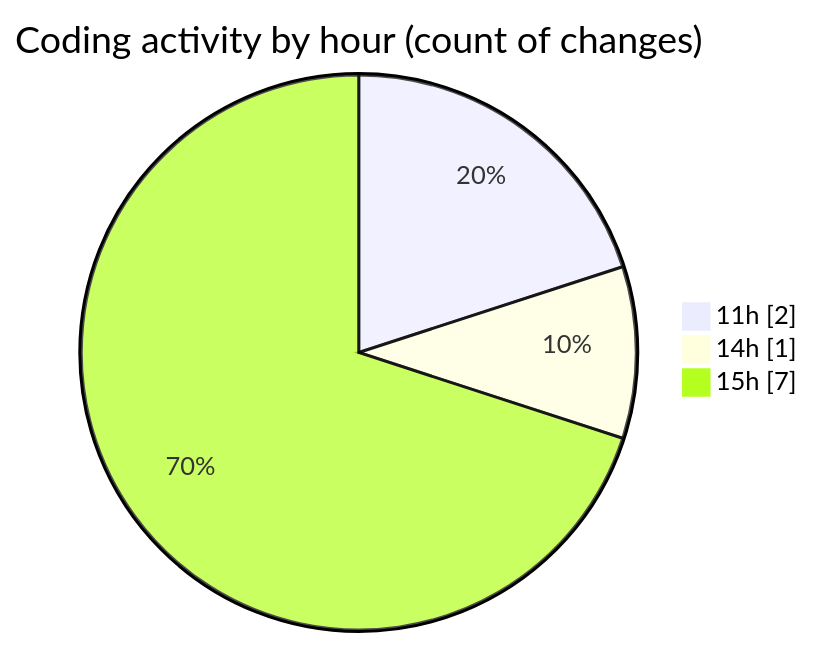
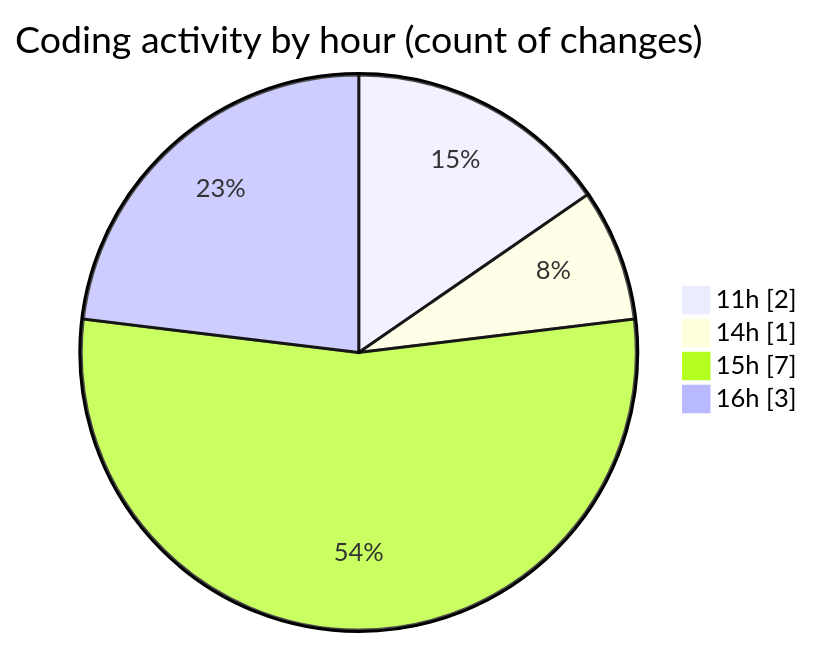
The second of 2 diagrams in 2025-12-30/nxtqube_webapp/README.md (nxtqubesakshisongat/code-tracking), drawn with Mermaid before and after one commit. The commit also changed other lines of this file and 1 other file, not shown here.

````diff
--- a/2025-12-30/nxtqube_webapp/README.md
+++ b/2025-12-30/nxtqube_webapp/README.md
@@ -33,7 +34,8 @@
 ```mermaid
 pie showData
 title Coding activity by hour (count of changes)
 "11h" : 2
 "14h" : 1
 "15h" : 7
+"16h" : 3
 ```
````
